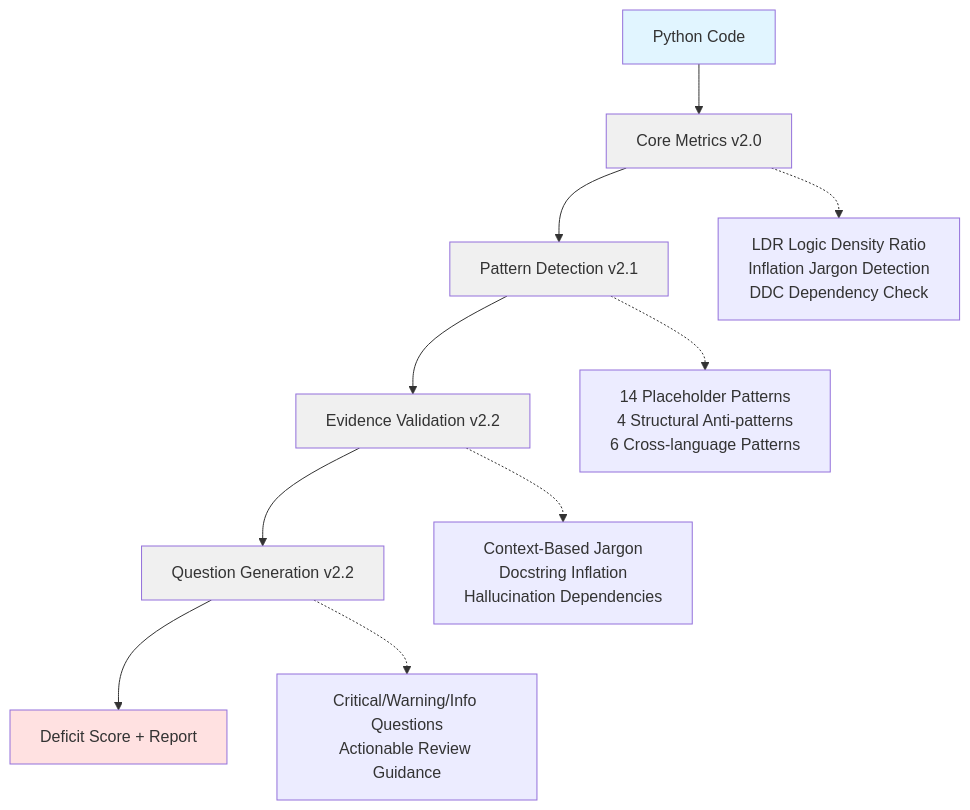
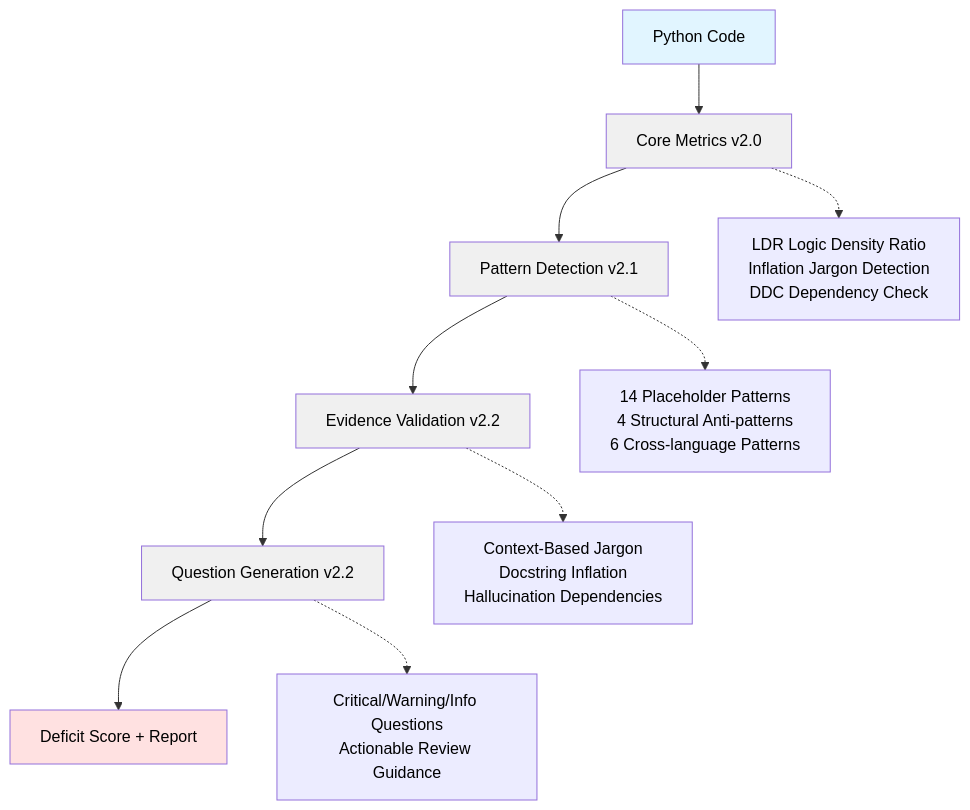
One commit to runableapp/AI-SLOP-Detector changed the diagram in README.md. Above: the diagram before and after it, drawn with Mermaid. The commit also changed 10 other files, not shown here.

First line of the commit message:
chore: fix mermaid font color, remove stale files from tracking

````diff
--- a/README.md
+++ b/README.md
@@ -166,25 +166,29 @@
 ```mermaid
 graph TD
     A[Python Code] --> B[Core Metrics v2.0]
     B --> C[Pattern Detection v2.1]
     C --> D[Evidence Validation v2.2]
     D --> E[Question Generation v2.2]
     E --> F[Deficit Score + Report]
 
     B1[LDR Logic Density Ratio<br/>Inflation Jargon Detection<br/>DDC Dependency Check]
     C1[14 Placeholder Patterns<br/>4 Structural Anti-patterns<br/>6 Cross-language Patterns]
     D1[Context-Based Jargon<br/>Docstring Inflation<br/>Hallucination Dependencies]
     E1[Critical/Warning/Info Questions<br/>Actionable Review Guidance]
 
     B -.-> B1
     C -.-> C1
     D -.-> D1
     E -.-> E1
 
-    style A fill:#e1f5ff
-    style F fill:#ffe1e1
-    style B fill:#f0f0f0
-    style C fill:#f0f0f0
-    style D fill:#f0f0f0
-    style E fill:#f0f0f0
+    style A fill:#e1f5ff,color:#000
+    style F fill:#ffe1e1,color:#000
+    style B fill:#f0f0f0,color:#000
+    style C fill:#f0f0f0,color:#000
+    style D fill:#f0f0f0,color:#000
+    style E fill:#f0f0f0,color:#000
+    style B1 color:#000
+    style C1 color:#000
+    style D1 color:#000
+    style E1 color:#000
 ```
````
